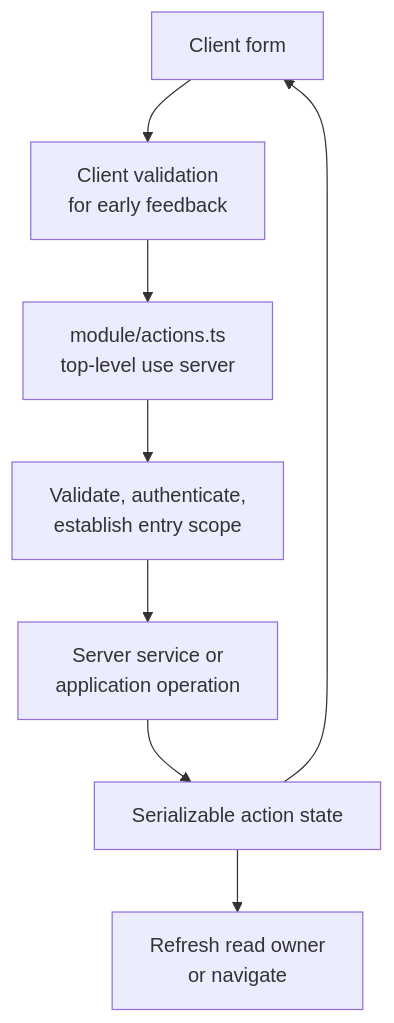
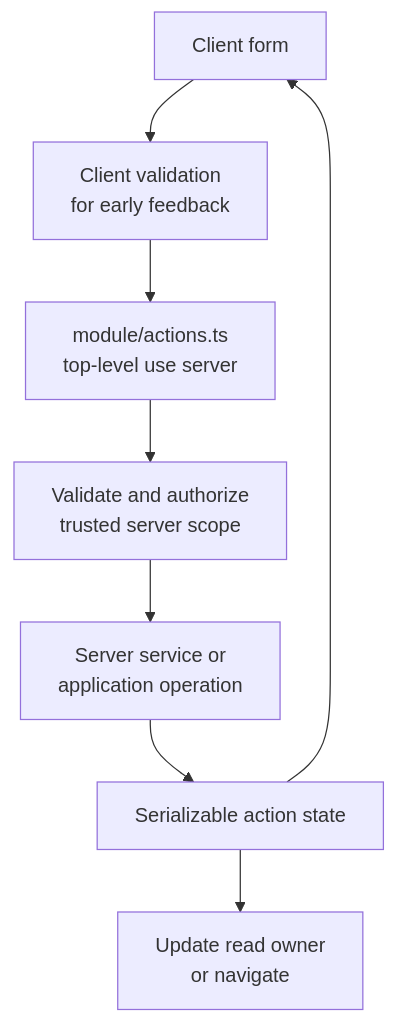
One commit to clicktronix/nextjs-clean-skills changed the second of 2 diagrams in docs/frontend-composition.md. Above: the diagram before and after it, drawn with Mermaid. The commit also changed other lines of this file and 26 other files, not shown here.

````diff
--- a/docs/frontend-composition.md
+++ b/docs/frontend-composition.md
@@ -85,20 +85,20 @@
 ```mermaid
 flowchart TB
   accTitle: Form and Server Action flow
-  accDescr: The client form provides early feedback, while a top-level Server Action revalidates input and authority before invoking capability behavior.
+  accDescr: The client form provides early feedback, while a top-level Server Action validates input and applicable authority before invoking capability behavior.
   Form["Client form"]
   Early["Client validation<br/>for early feedback"]
   Action["module/actions.ts<br/>top-level use server"]
-  Auth["Validate, authenticate,<br/>establish entry scope"]
+  Auth["Validate and authorize<br/>trusted server scope"]
   Behavior["Server service or<br/>application operation"]
   Result["Serializable action state"]
-  Update["Refresh read owner<br/>or navigate"]
+  Update["Update read owner<br/>or navigate"]
 
   Form --> Early
   Early --> Action
   Action --> Auth
   Auth --> Behavior
   Behavior --> Result
   Result --> Form
   Result --> Update
 ```
````
